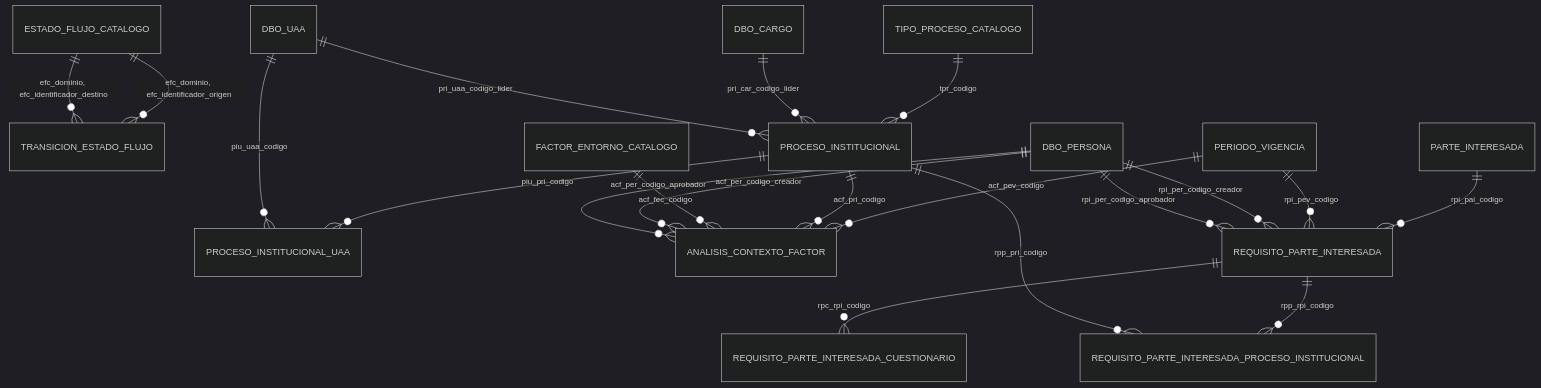
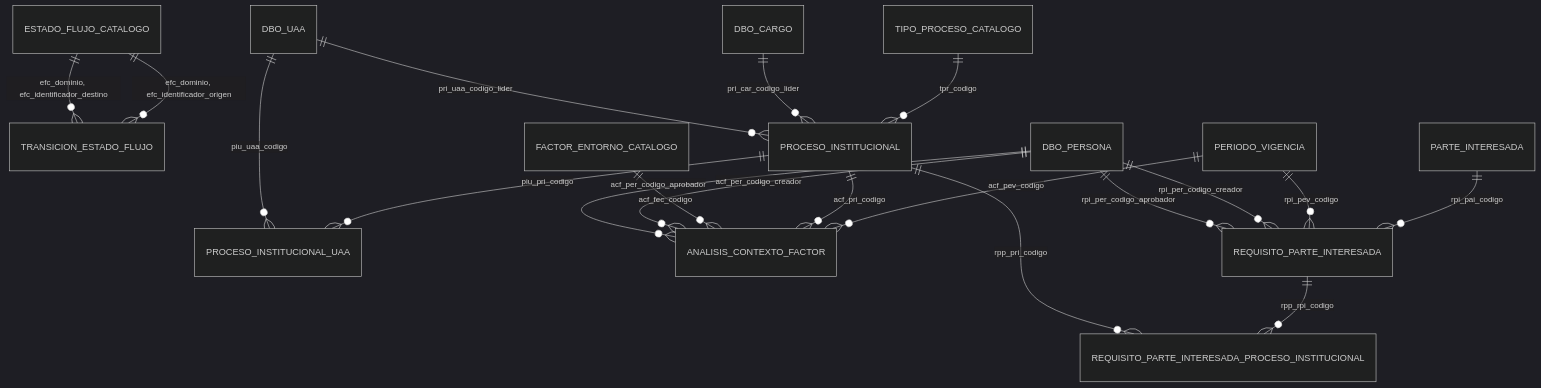
Before and after one commit to jujcgu/programacion-academica: the second of 8 diagrams in ESPECIFICACION_ARQUITECTURA_SGSPI.md, drawn with Mermaid (dark theme). The commit also changed other lines of this file and 3 other files, not shown here.

````diff
--- a/ESPECIFICACION_ARQUITECTURA_SGSPI.md
+++ b/ESPECIFICACION_ARQUITECTURA_SGSPI.md
@@ -276,25 +274,24 @@
 ```mermaid
 erDiagram
     ESTADO_FLUJO_CATALOGO ||--o{ TRANSICION_ESTADO_FLUJO : "efc_dominio, efc_identificador_origen"
     ESTADO_FLUJO_CATALOGO ||--o{ TRANSICION_ESTADO_FLUJO : "efc_dominio, efc_identificador_destino"
 
     TIPO_PROCESO_CATALOGO ||--o{ PROCESO_INSTITUCIONAL : "tpr_codigo"
     DBO_CARGO ||--o{ PROCESO_INSTITUCIONAL : "pri_car_codigo_lider"
     DBO_UAA ||--o{ PROCESO_INSTITUCIONAL : "pri_uaa_codigo_lider"
     PROCESO_INSTITUCIONAL ||--o{ PROCESO_INSTITUCIONAL_UAA : "piu_pri_codigo"
     DBO_UAA ||--o{ PROCESO_INSTITUCIONAL_UAA : "piu_uaa_codigo"
 
     PERIODO_VIGENCIA ||--o{ ANALISIS_CONTEXTO_FACTOR : "acf_pev_codigo"
     PROCESO_INSTITUCIONAL ||--o{ ANALISIS_CONTEXTO_FACTOR : "acf_pri_codigo"
     FACTOR_ENTORNO_CATALOGO ||--o{ ANALISIS_CONTEXTO_FACTOR : "acf_fec_codigo"
     DBO_PERSONA ||--o{ ANALISIS_CONTEXTO_FACTOR : "acf_per_codigo_creador"
     DBO_PERSONA ||--o{ ANALISIS_CONTEXTO_FACTOR : "acf_per_codigo_aprobador"
 
     PARTE_INTERESADA ||--o{ REQUISITO_PARTE_INTERESADA : "rpi_pai_codigo"
     PERIODO_VIGENCIA ||--o{ REQUISITO_PARTE_INTERESADA : "rpi_pev_codigo"
     DBO_PERSONA ||--o{ REQUISITO_PARTE_INTERESADA : "rpi_per_codigo_creador"
     DBO_PERSONA ||--o{ REQUISITO_PARTE_INTERESADA : "rpi_per_codigo_aprobador"
-    REQUISITO_PARTE_INTERESADA ||--o{ REQUISITO_PARTE_INTERESADA_CUESTIONARIO : "rpc_rpi_codigo"
     REQUISITO_PARTE_INTERESADA ||--o{ REQUISITO_PARTE_INTERESADA_PROCESO_INSTITUCIONAL : "rpp_rpi_codigo"
     PROCESO_INSTITUCIONAL ||--o{ REQUISITO_PARTE_INTERESADA_PROCESO_INSTITUCIONAL : "rpp_pri_codigo"
 ```
````
